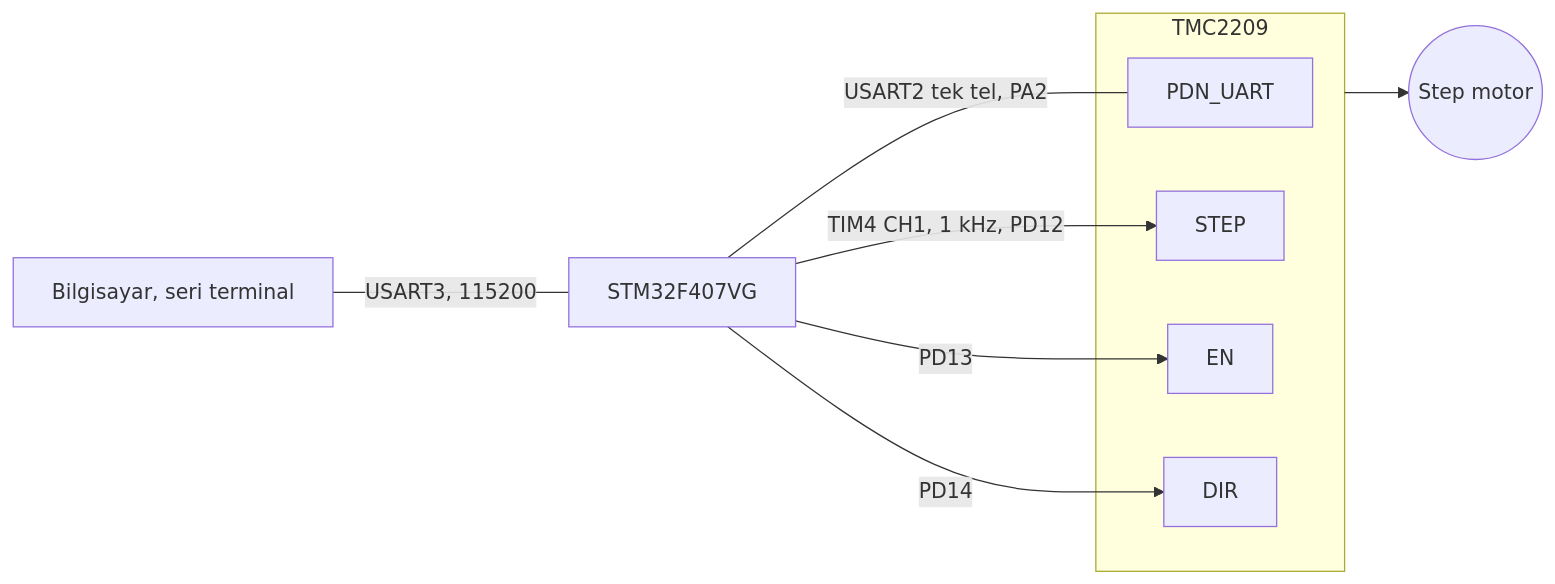
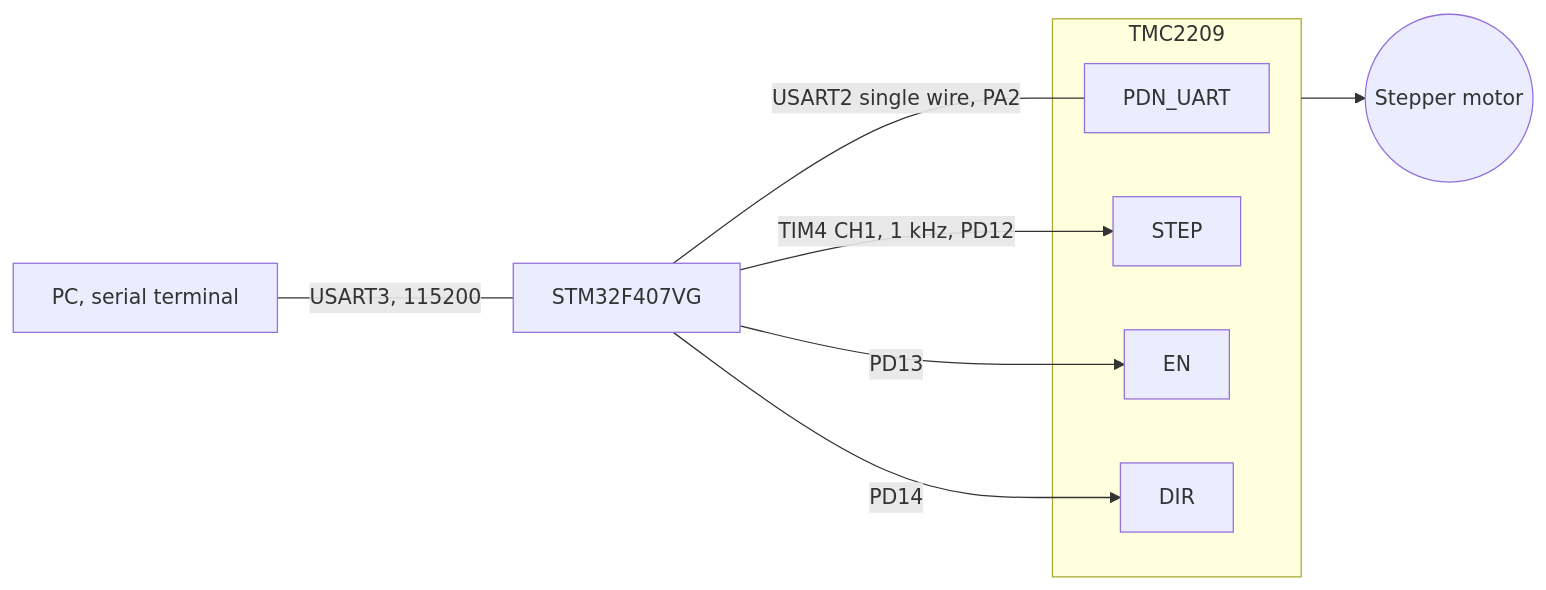
The diagram in README.md (meyubcan/stm32-tmc2209-uart), drawn with Mermaid before and after one commit. The commit also changed other lines of this file and 1 other file, not shown here.

````diff
--- a/README.md
+++ b/README.md
@@ -11,15 +15,15 @@
 ```mermaid
 flowchart LR
-    PC[Bilgisayar, seri terminal] -- "USART3, 115200" --- MCU[STM32F407VG]
-    MCU -- "USART2 tek tel, PA2" --- UART[PDN_UART]
+    PC[PC, serial terminal] -- "USART3, 115200" --- MCU[STM32F407VG]
+    MCU -- "USART2 single wire, PA2" --- UART[PDN_UART]
     MCU -- "TIM4 CH1, 1 kHz, PD12" --> STEP[STEP]
     MCU -- "PD13" --> EN[EN]
     MCU -- "PD14" --> DIR[DIR]
     subgraph TMC2209
         UART
         STEP
         EN
         DIR
     end
-    TMC2209 --> M((Step motor))
+    TMC2209 --> M((Stepper motor))
 ```
````
